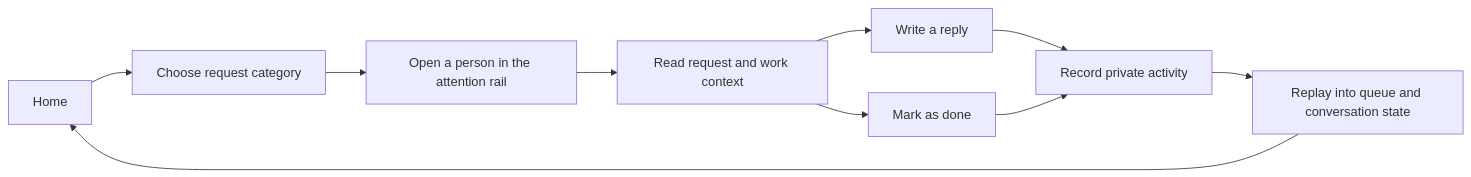
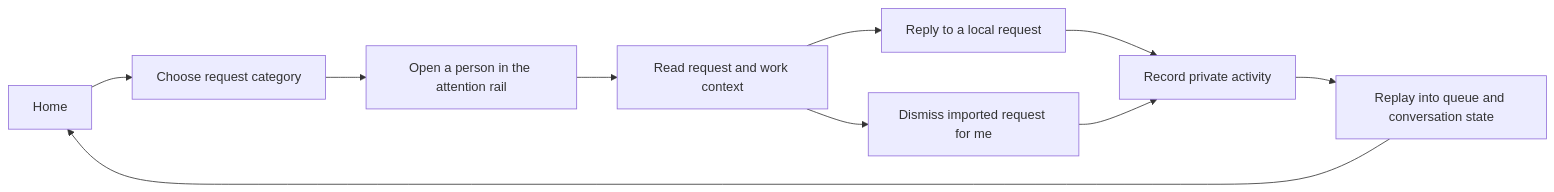
The first of 2 diagrams in docs/ui.md (quirq-ai/instants), drawn with Mermaid before and after one commit. The commit also changed other lines of this file and 47 other files, not shown here.

Commit message:
Implement two-log agent timeline and private activity engine

````diff
--- a/docs/ui.md
+++ b/docs/ui.md
@@ -20,12 +21,12 @@
 ```mermaid
 flowchart LR
     home["Home"] --> category["Choose request category"]
     category --> person["Open a person in the attention rail"]
     person --> context["Read request and work context"]
-    context --> reply["Write a reply"]
-    context --> resolve["Mark as done"]
+    context --> reply["Reply to a local request"]
+    context --> resolve["Dismiss imported request for me"]
     reply --> activity["Record private activity"]
     resolve --> activity
     activity --> state["Replay into queue and conversation state"]
     state --> home
 ```
````
